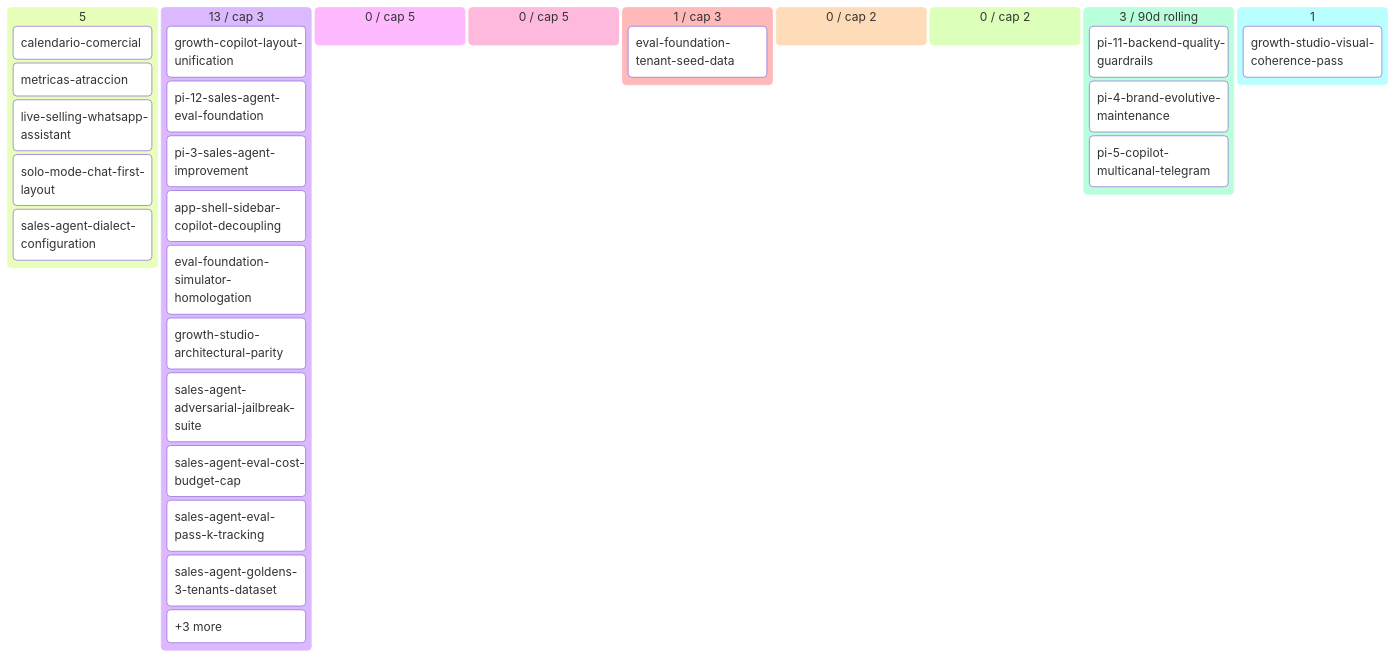
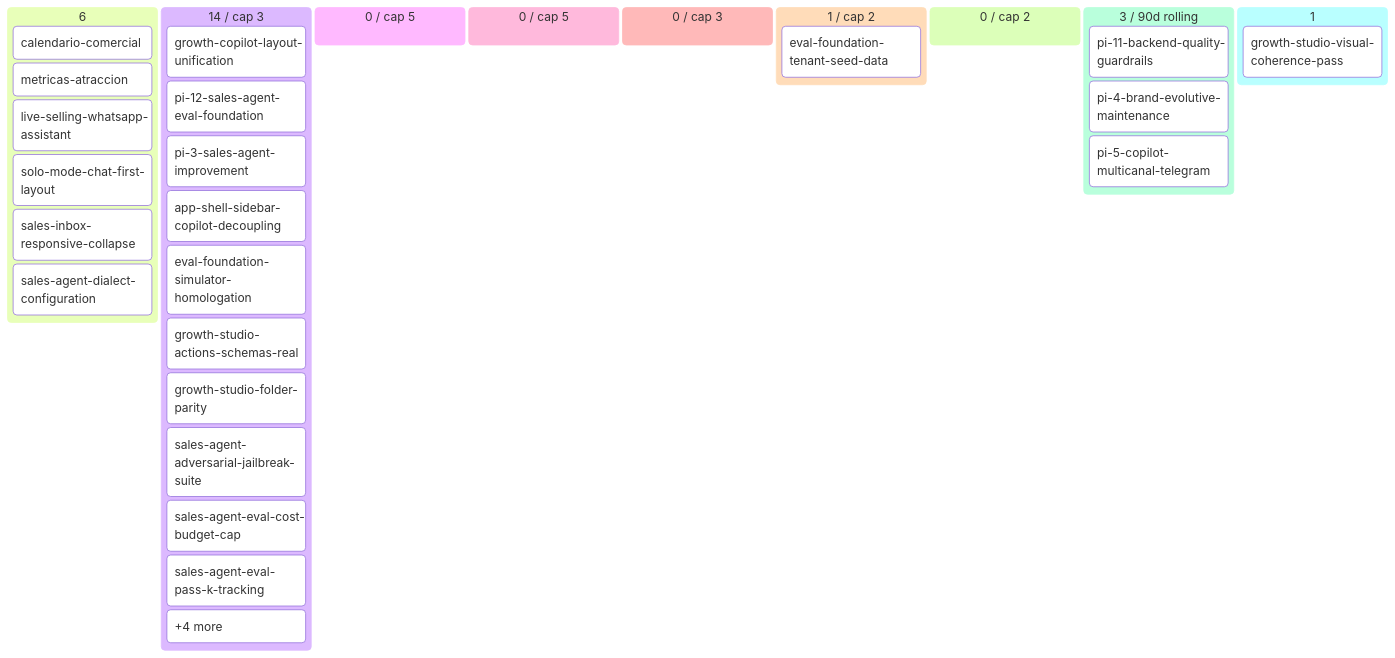
One commit to alpacapurpura/ap_sales_agent changed the diagram in docs/product/BACKLOG.md. Above: the diagram before and after it, drawn with Mermaid. The commit also changed other lines of this file and 42 other files, not shown here.

````diff
--- a/docs/product/BACKLOG.md
+++ b/docs/product/BACKLOG.md
@@ -60,33 +62,34 @@
 ```mermaid
 kanban
-  💡 Ideas (5)
+  💡 Ideas (6)
     calendario-comercial[calendario-comercial]
     metricas-atraccion[metricas-atraccion]
     live-selling-whatsapp-assistan[live-selling-whatsapp-assistant]
     solo-mode-chat-first-layout[solo-mode-chat-first-layout]
+    sales-inbox-responsive-collaps[sales-inbox-responsive-collapse]
     sales-agent-dialect-configurat[sales-agent-dialect-configuration]
-  🔬 Refining (13 / cap 3)
+  🔬 Refining (14 / cap 3)
     growth-copilot-layout-unificat[growth-copilot-layout-unification]
     pi-12-sales-agent-eval-foundat[pi-12-sales-agent-eval-foundation]
     pi-3-sales-agent-improvement[pi-3-sales-agent-improvement]
     app-shell-sidebar-copilot-deco[app-shell-sidebar-copilot-decoupling]
     eval-foundation-simulator-homo[eval-foundation-simulator-homologation]
-    growth-studio-architectural-pa[growth-studio-architectural-parity]
+    growth-studio-actions-schemas-[growth-studio-actions-schemas-real]
+    growth-studio-folder-parity[growth-studio-folder-parity]
     sales-agent-adversarial-jailbr[sales-agent-adversarial-jailbreak-suite]
     sales-agent-eval-cost-budget-c[sales-agent-eval-cost-budget-cap]
     sales-agent-eval-pass-k-tracki[sales-agent-eval-pass-k-tracking]
-    sales-agent-goldens-3-tenants-[sales-agent-goldens-3-tenants-dataset]
-    overflow-🔬 Refining[+3 more]
+    overflow-🔬 Refining[+4 more]
   ✅ Refined (0 / cap 5)
   📦 Ready (0 / cap 5)
-  🔨 Developing (1 / cap 3)
+  🔨 Developing (0 / cap 3)
+  🧪 Developed (1 / cap 2)
     eval-foundation-tenant-seed-da[eval-foundation-tenant-seed-data]
-  🧪 Developed (0 / cap 2)
   🔍 Reviewing (0 / cap 2)
   ✅ Done (3 / 90d rolling)
     pi-11-backend-quality-guardrai[pi-11-backend-quality-guardrails]
     pi-4-brand-evolutive-maintenan[pi-4-brand-evolutive-maintenance]
     pi-5-copilot-multicanal-telegr[pi-5-copilot-multicanal-telegram]
   🅿 Parked (1)
     growth-studio-visual-coherence[growth-studio-visual-coherence-pass]
 ```
````
